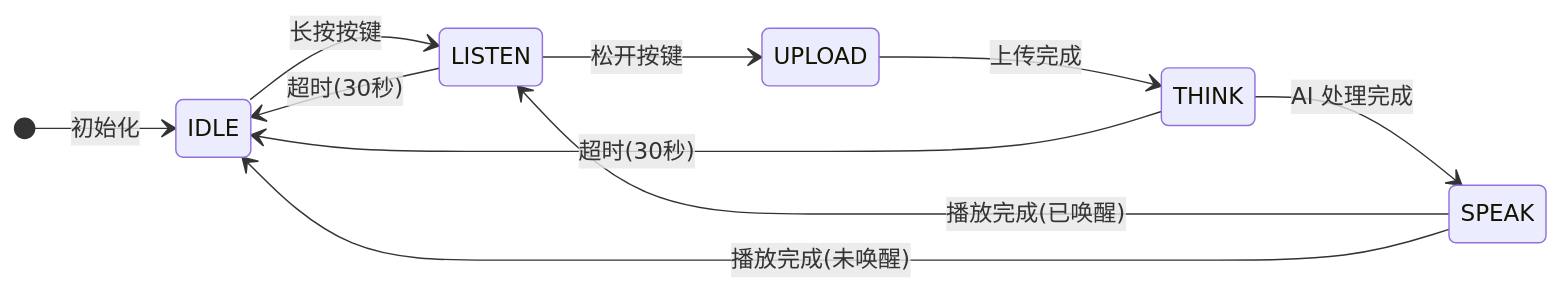
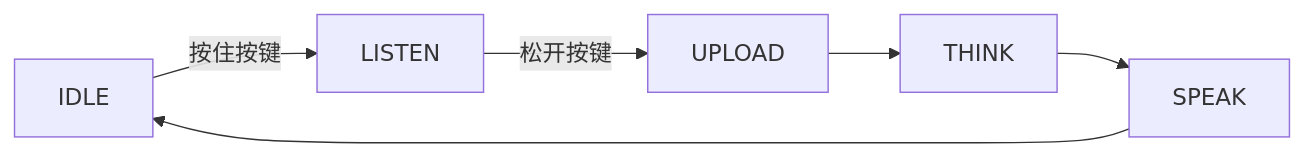
One commit to Tuya-Community/TuyaOpen.io changed the diagram in i18n/zh/docusaurus-plugin-content-docs/current/cloud/device-ai/ai-components/ai-mode-hold.md. Above: the diagram before and after it, drawn with Mermaid. The commit also changed other lines of this file and 365 other files, not shown here.

````diff
--- a/i18n/zh/docusaurus-plugin-content-docs/current/cloud/device-ai/ai-components/ai-mode-hold.md
+++ b/i18n/zh/docusaurus-plugin-content-docs/current/cloud/device-ai/ai-components/ai-mode-hold.md
@@ -52,13 +23,8 @@
 ```mermaid
-stateDiagram-v2
-    direction LR
-    [*] --> IDLE: 初始化
-    IDLE --> LISTEN: 长按按键
-    LISTEN --> UPLOAD: 松开按键
-    UPLOAD --> THINK: 上传完成
-    THINK --> SPEAK: AI 处理完成
-    SPEAK --> LISTEN: 播放完成(已唤醒)
-    SPEAK --> IDLE: 播放完成(未唤醒)
-    LISTEN --> IDLE: 超时(30秒)
-    THINK --> IDLE: 超时(30秒)
+flowchart LR
+    IDLE -->|按住按键| LISTEN
+    LISTEN -->|松开按键| UPLOAD
+    UPLOAD --> THINK
+    THINK --> SPEAK
+    SPEAK --> IDLE
 ```
````
